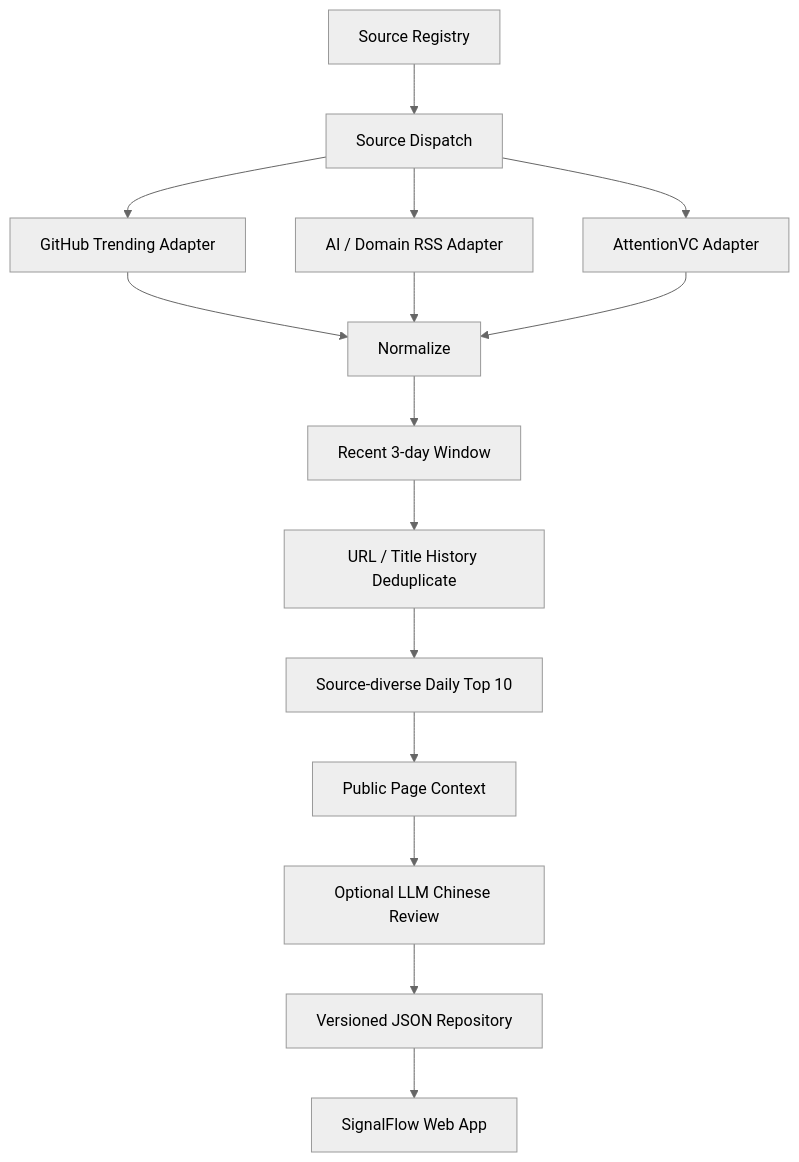
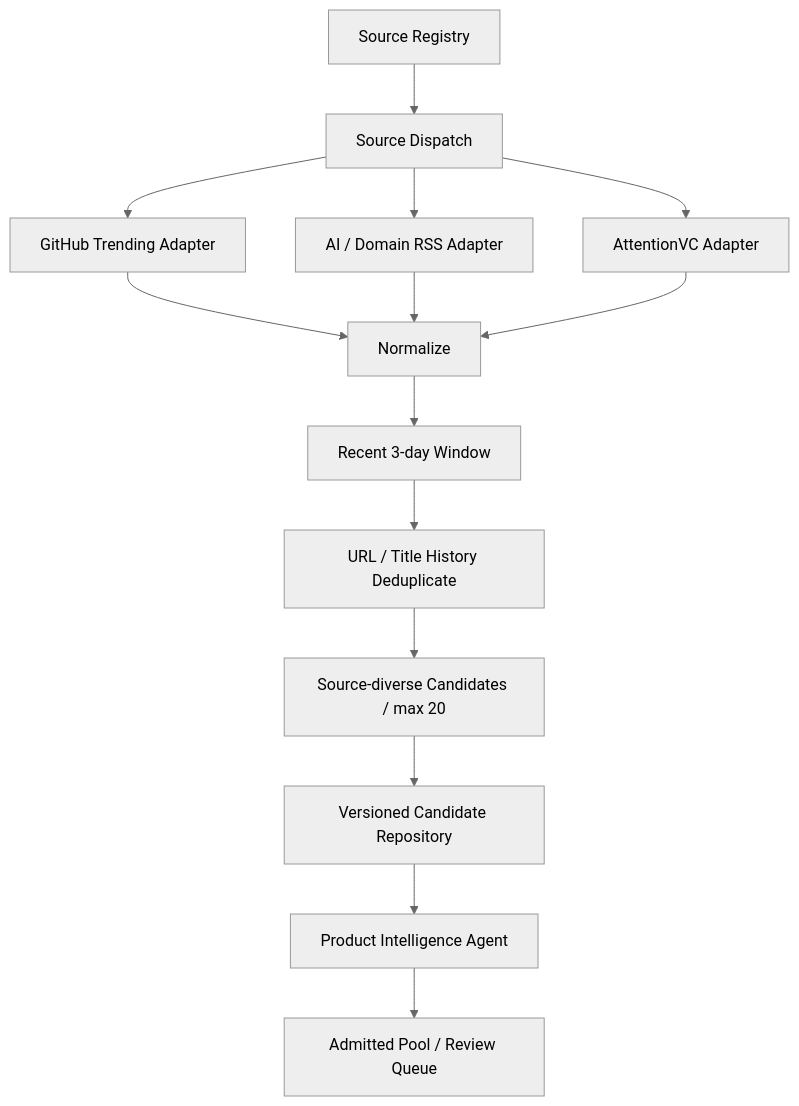
The second of 5 diagrams in README.md (bbc804208302/AIPM-), drawn with Mermaid (neutral theme) before and after one commit. The commit also changed other lines of this file and 39 other files, not shown here.

Commit message:
feat: integrate agent-driven intelligence admission

````diff
--- a/README.md
+++ b/README.md
@@ -122,17 +122,16 @@
 ```mermaid
 flowchart TD
   R[Source Registry] --> D[Source Dispatch]
   D --> G[GitHub Trending Adapter]
   D --> M[AI / Domain RSS Adapter]
   D --> X[AttentionVC Adapter]
   G --> N[Normalize]
   M --> N
   X --> N
   N --> F[Recent 3-day Window]
   F --> U[URL / Title History Deduplicate]
-  U --> T[Source-diverse Daily Top 10]
-  T --> P[Public Page Context]
-  P --> C[Optional LLM Chinese Review]
-  C --> J[Versioned JSON Repository]
-  J --> W[SignalFlow Web App]
+  U --> T[Source-diverse Candidates / max 20]
+  T --> J[Versioned Candidate Repository]
+  J --> A[Product Intelligence Agent]
+  A --> W[Admitted Pool / Review Queue]
 ```
````
